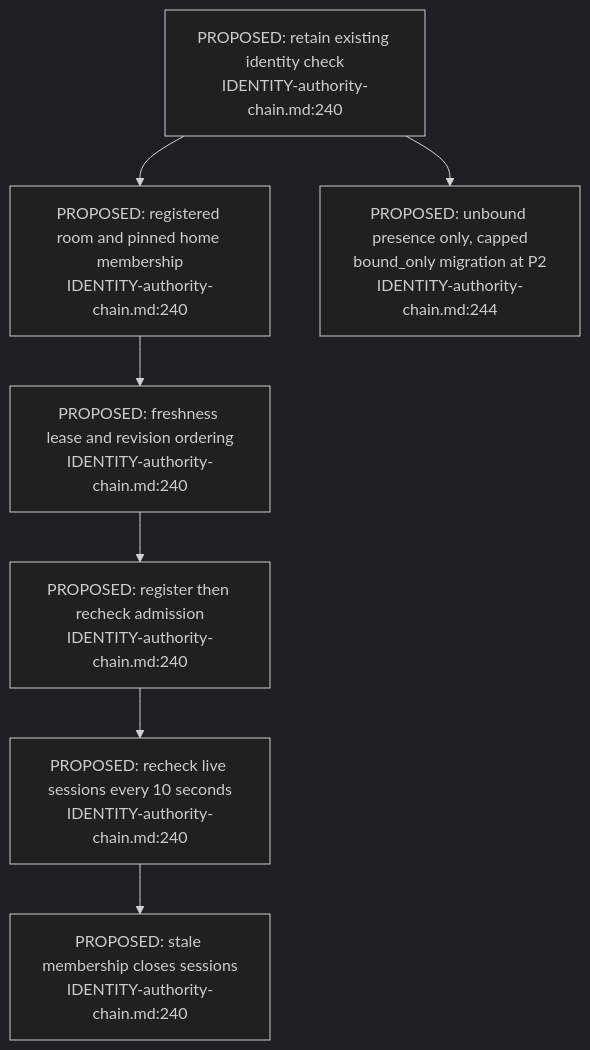
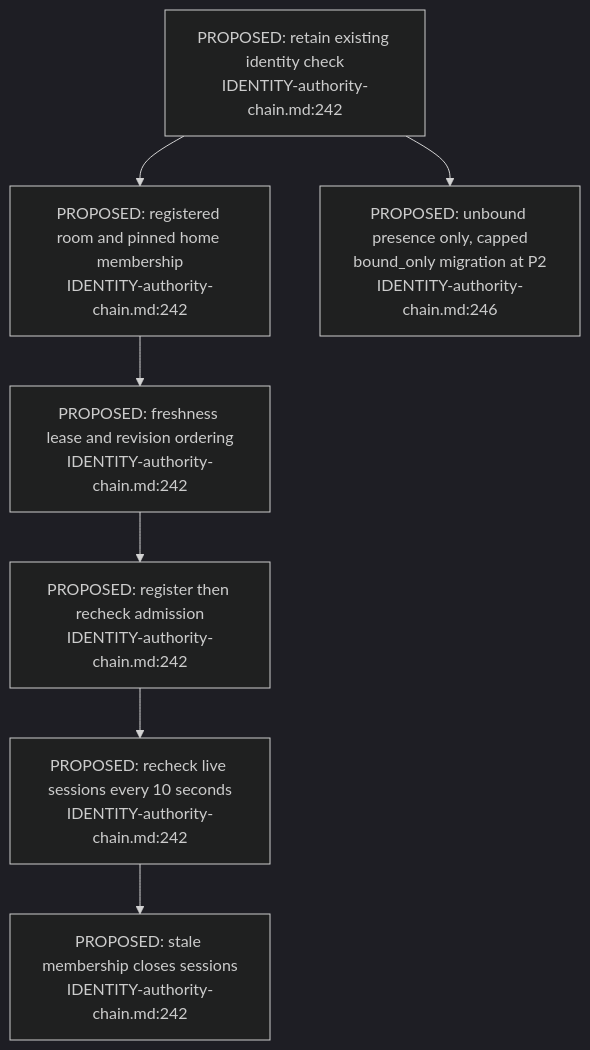
Before and after one commit to DreamLab-AI/VisionFlow: the third of 3 diagrams in docs/diagrams/visionclaw/49-room-admission.md, drawn with Mermaid (dark theme). The commit also changed other lines of this file and 46 other files, not shown here.

Commit message:
docs(diagrams): re-verify VisionClaw topics at 809a859aa/a950f4d80 after the consolidation pass

````diff
--- a/docs/diagrams/visionclaw/49-room-admission.md
+++ b/docs/diagrams/visionclaw/49-room-admission.md
@@ -55,9 +55,9 @@
 ```mermaid
 flowchart TD
-    ID["PROPOSED: retain existing identity check<br/>IDENTITY-authority-chain.md:240"] --> ADMIT["PROPOSED: registered room and pinned home membership<br/>IDENTITY-authority-chain.md:240"]
-    ADMIT --> LEASE["PROPOSED: freshness lease and revision ordering<br/>IDENTITY-authority-chain.md:240"]
-    LEASE --> JOIN["PROPOSED: register then recheck admission<br/>IDENTITY-authority-chain.md:240"]
-    JOIN --> RECHECK["PROPOSED: recheck live sessions every 10 seconds<br/>IDENTITY-authority-chain.md:240"]
-    RECHECK --> CLOSE["PROPOSED: stale membership closes sessions<br/>IDENTITY-authority-chain.md:240"]
-    ID --> LEGACY["PROPOSED: unbound presence only, capped<br/>bound_only migration at P2<br/>IDENTITY-authority-chain.md:244"]
+    ID["PROPOSED: retain existing identity check<br/>IDENTITY-authority-chain.md:242"] --> ADMIT["PROPOSED: registered room and pinned home membership<br/>IDENTITY-authority-chain.md:242"]
+    ADMIT --> LEASE["PROPOSED: freshness lease and revision ordering<br/>IDENTITY-authority-chain.md:242"]
+    LEASE --> JOIN["PROPOSED: register then recheck admission<br/>IDENTITY-authority-chain.md:242"]
+    JOIN --> RECHECK["PROPOSED: recheck live sessions every 10 seconds<br/>IDENTITY-authority-chain.md:242"]
+    RECHECK --> CLOSE["PROPOSED: stale membership closes sessions<br/>IDENTITY-authority-chain.md:242"]
+    ID --> LEGACY["PROPOSED: unbound presence only, capped<br/>bound_only migration at P2<br/>IDENTITY-authority-chain.md:246"]
 ```
````
